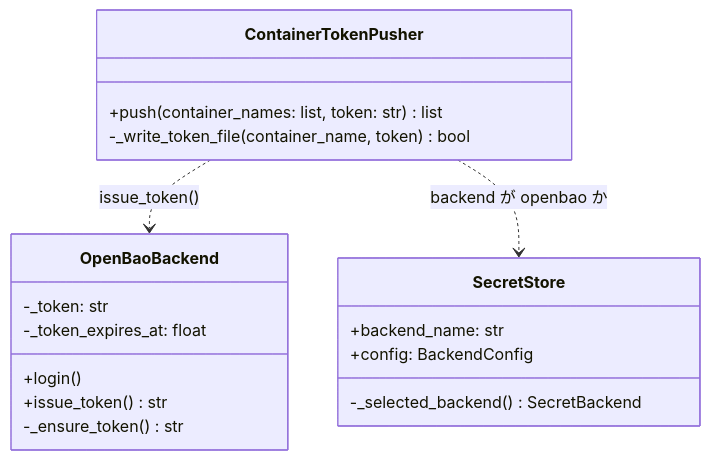
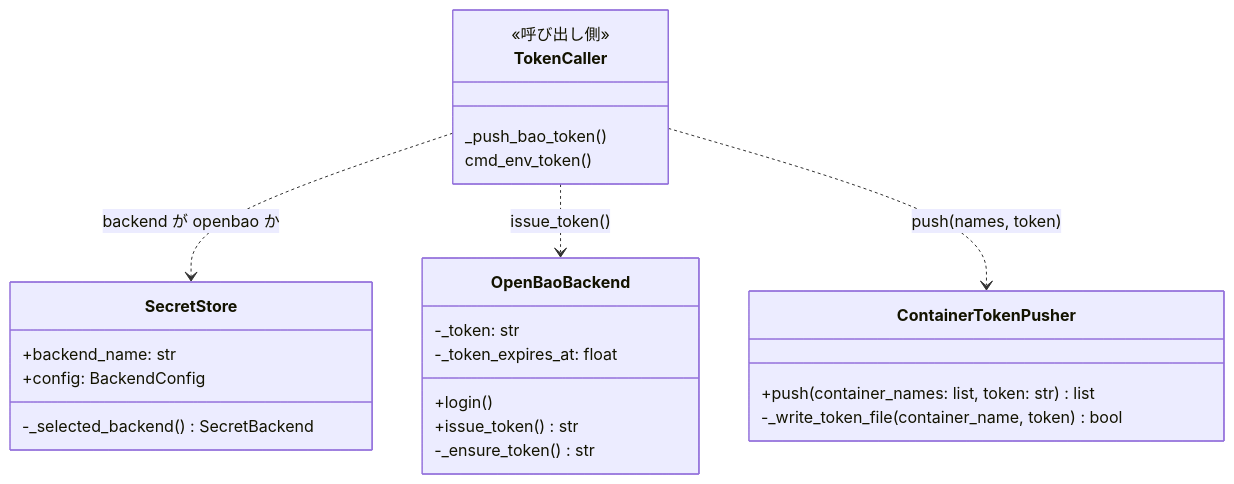
The second of 3 diagrams in issues/PLAN54_bao-in-container-design.md (devbasex/devbase), drawn with Mermaid before and after one commit. The commit also changed other lines of this file and 1 other file, not shown here.

First line of the commit message:
docs(PLAN54): レビュー指摘に対応（決定 1 の反映漏れ、Pusher の責務境界、env token の引数、原子的な書き込み）

````diff
--- a/issues/PLAN54_bao-in-container-design.md
+++ b/issues/PLAN54_bao-in-container-design.md
@@ -72,21 +73,27 @@
 ```mermaid
 classDiagram
     class OpenBaoBackend {
         +login()
         +issue_token() str
         -_ensure_token() str
         -_token: str
         -_token_expires_at: float
     }
     class ContainerTokenPusher {
         +push(container_names: list, token: str) list
         -_write_token_file(container_name, token) bool
     }
     class SecretStore {
         +backend_name: str
         +config: BackendConfig
         -_selected_backend() SecretBackend
     }
-    ContainerTokenPusher ..> OpenBaoBackend : issue_token()
-    ContainerTokenPusher ..> SecretStore : backend が openbao か
+    class TokenCaller {
+        <<呼び出し側>>
+        _push_bao_token()
+        cmd_env_token()
+    }
+    TokenCaller ..> SecretStore : backend が openbao か
+    TokenCaller ..> OpenBaoBackend : issue_token()
+    TokenCaller ..> ContainerTokenPusher : push(names, token)
 ```
````
